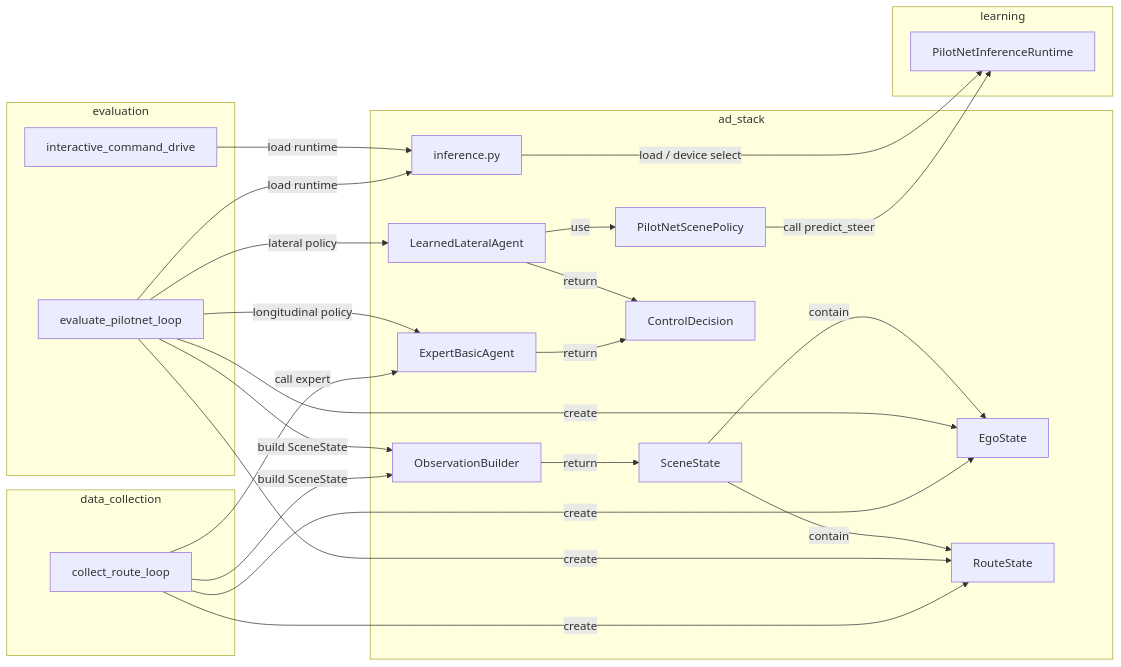
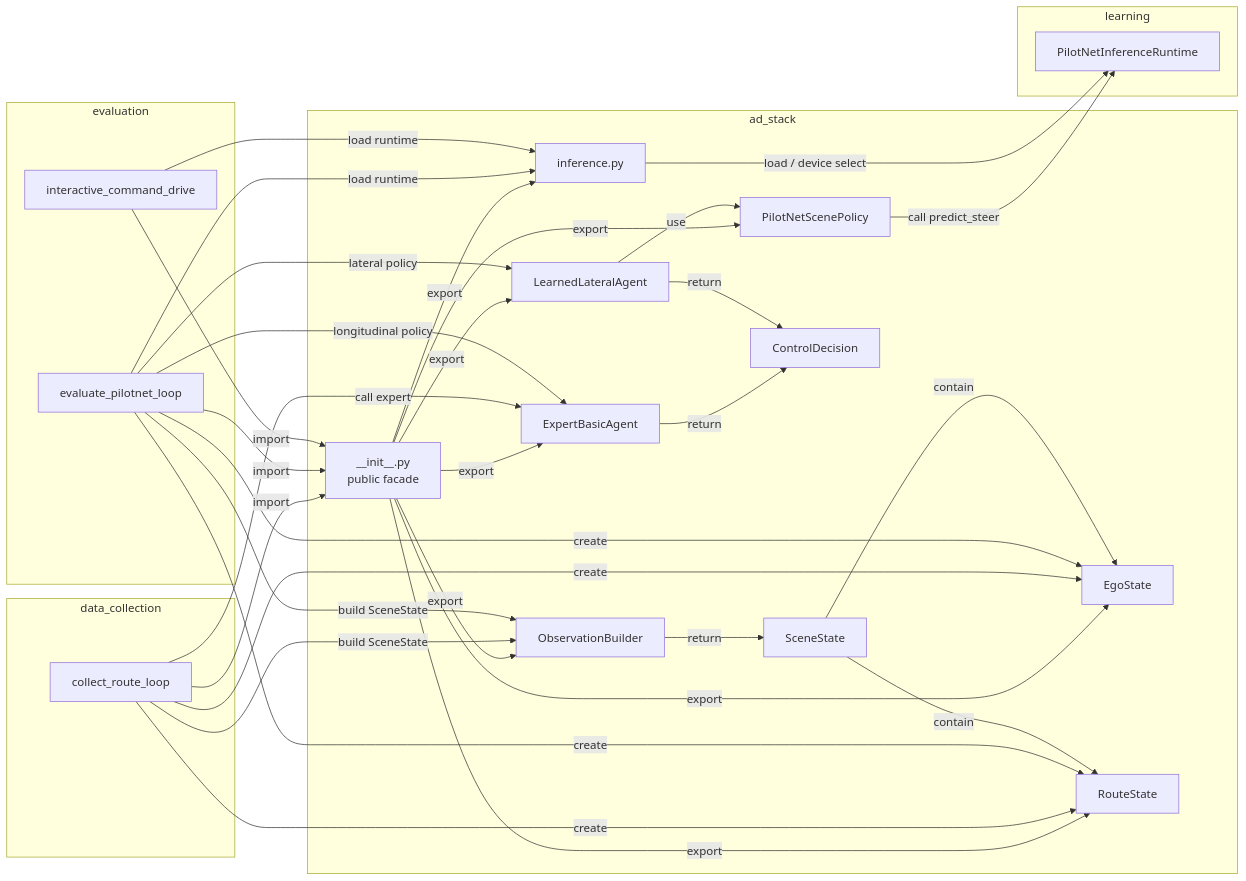
The second of 2 diagrams in docs/DIRECTORY_RELATIONSHIPS.md (masahiro-kubota/carla_alpamayo), drawn with Mermaid before and after one commit. The commit also changed other lines of this file and 4 other files, not shown here.

Commit message:
refactor: route runners through ad stack facade

````diff
--- a/docs/DIRECTORY_RELATIONSHIPS.md
+++ b/docs/DIRECTORY_RELATIONSHIPS.md
@@ -39,52 +39,65 @@
 ```mermaid
 flowchart LR
   subgraph data_collection["data_collection"]
     CollectRouteLoop["collect_route_loop"]
   end
 
   subgraph evaluation["evaluation"]
     EvaluatePilotNetLoop["evaluate_pilotnet_loop"]
     InteractiveCommandDrive["interactive_command_drive"]
   end
 
   subgraph ad_stack["ad_stack"]
+    PublicFacade["__init__.py<br/>public facade"]
     ObservationBuilder["ObservationBuilder"]
     SceneState["SceneState"]
     EgoState["EgoState"]
     RouteState["RouteState"]
     ExpertBasicAgent["ExpertBasicAgent"]
     LearnedLateralAgent["LearnedLateralAgent"]
     PilotNetScenePolicy["PilotNetScenePolicy"]
     InferenceBridge["inference.py"]
     ControlDecision["ControlDecision"]
   end
 
   subgraph learning["learning"]
     PilotNetInferenceRuntime["PilotNetInferenceRuntime"]
   end
+
+  CollectRouteLoop -->|import| PublicFacade
+  EvaluatePilotNetLoop -->|import| PublicFacade
+  InteractiveCommandDrive -->|import| PublicFacade
+
+  PublicFacade -->|export| ObservationBuilder
+  PublicFacade -->|export| EgoState
+  PublicFacade -->|export| RouteState
+  PublicFacade -->|export| ExpertBasicAgent
+  PublicFacade -->|export| LearnedLateralAgent
+  PublicFacade -->|export| PilotNetScenePolicy
+  PublicFacade -->|export| InferenceBridge
 
   CollectRouteLoop -->|build SceneState| ObservationBuilder
   CollectRouteLoop -->|call expert| ExpertBasicAgent
   CollectRouteLoop -->|create| EgoState
   CollectRouteLoop -->|create| RouteState
 
   EvaluatePilotNetLoop -->|build SceneState| ObservationBuilder
   EvaluatePilotNetLoop -->|longitudinal policy| ExpertBasicAgent
   EvaluatePilotNetLoop -->|lateral policy| LearnedLateralAgent
   EvaluatePilotNetLoop -->|load runtime| InferenceBridge
   EvaluatePilotNetLoop -->|create| EgoState
   EvaluatePilotNetLoop -->|create| RouteState
 
   InteractiveCommandDrive -->|load runtime| InferenceBridge
 
   ObservationBuilder -->|return| SceneState
   SceneState -->|contain| EgoState
   SceneState -->|contain| RouteState
 
   ExpertBasicAgent -->|return| ControlDecision
   LearnedLateralAgent -->|return| ControlDecision
   LearnedLateralAgent -->|use| PilotNetScenePolicy
   PilotNetScenePolicy -->|call predict_steer| PilotNetInferenceRuntime
 
   InferenceBridge -->|load / device select| PilotNetInferenceRuntime
 ```
````
